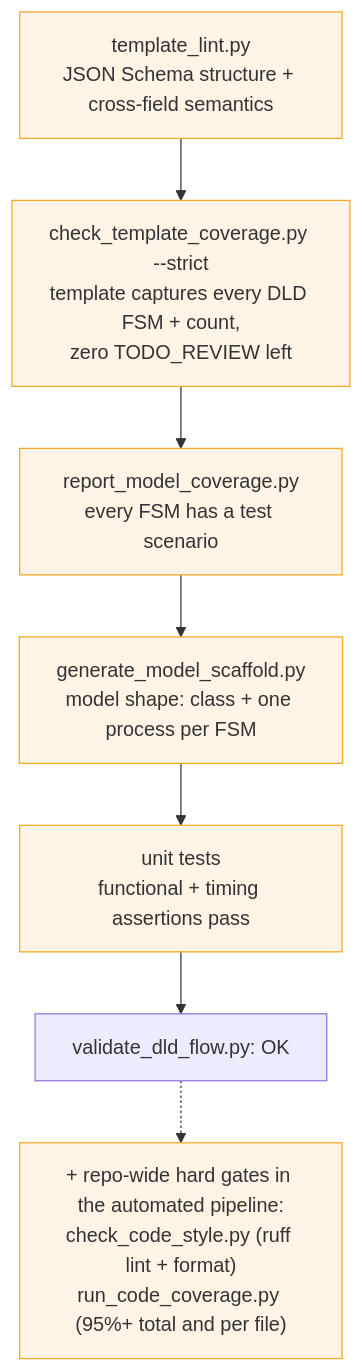
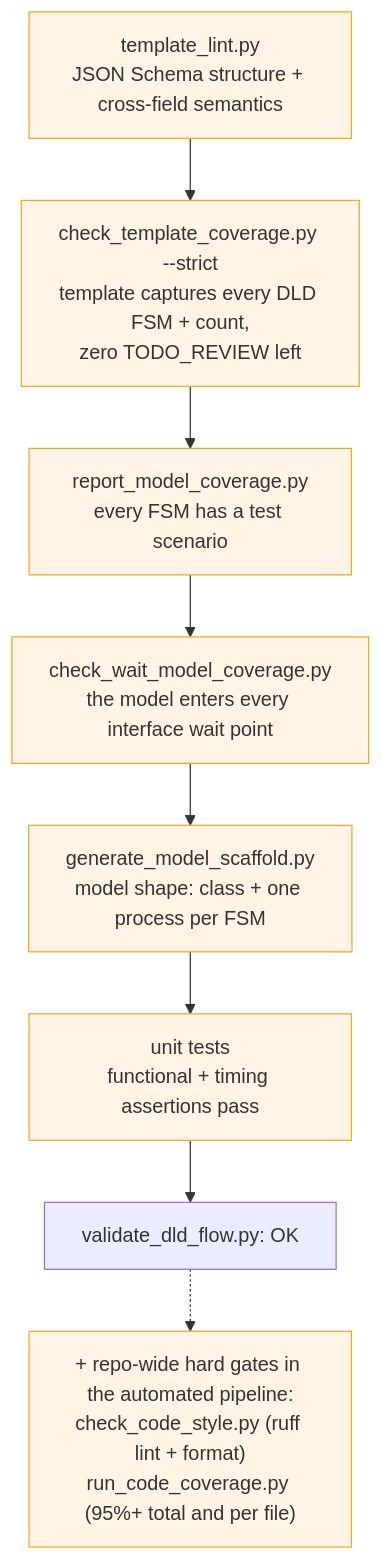
Before and after one commit to kushkumar16/ip_model_automation: the sixth of 9 diagrams in docs/project_overview.md, drawn with Mermaid. The commit also changed other lines of this file and 28 other files, not shown here.

````diff
--- a/docs/project_overview.md
+++ b/docs/project_overview.md
@@ -449,15 +453,16 @@
 ```mermaid
 flowchart TD
     G1["template_lint.py<br/>JSON Schema structure + cross-field semantics"]
     G2["check_template_coverage.py --strict<br/>template captures every DLD FSM + count,<br/>zero TODO_REVIEW left"]
     G3["report_model_coverage.py<br/>every FSM has a test scenario"]
-    G4["generate_model_scaffold.py<br/>model shape: class + one process per FSM"]
-    G5["unit tests<br/>functional + timing assertions pass"]
+    G4["check_wait_model_coverage.py<br/>the model enters every interface wait point"]
+    G5["generate_model_scaffold.py<br/>model shape: class + one process per FSM"]
+    G6["unit tests<br/>functional + timing assertions pass"]
 
-    G1 --> G2 --> G3 --> G4 --> G5
-    G5 --> OK["validate_dld_flow.py: OK"]
+    G1 --> G2 --> G3 --> G4 --> G5 --> G6
+    G6 --> OK["validate_dld_flow.py: OK"]
     OK -.-> R["+ repo-wide hard gates in the automated pipeline:<br/>check_code_style.py (ruff lint + format)<br/>run_code_coverage.py (95%+ total and per file)"]
 
     classDef gate fill:#fff4e5,stroke:#f5a623;
-    class G1,G2,G3,G4,G5,R gate;
+    class G1,G2,G3,G4,G5,G6,R gate;
 ```
````
